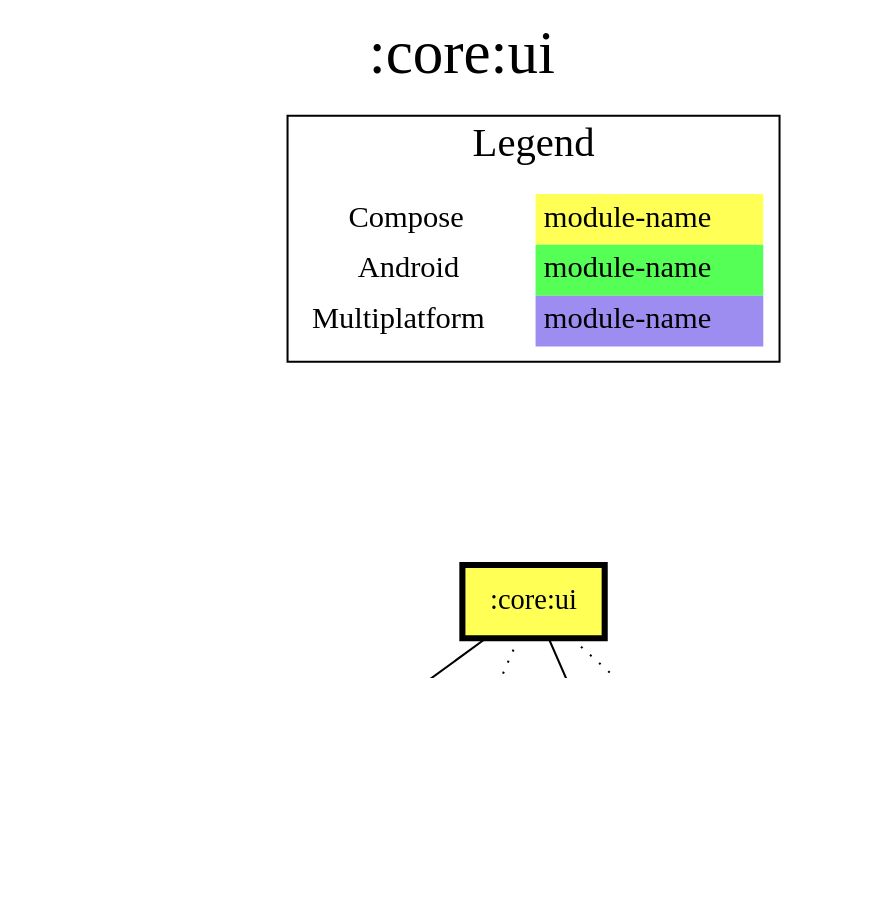
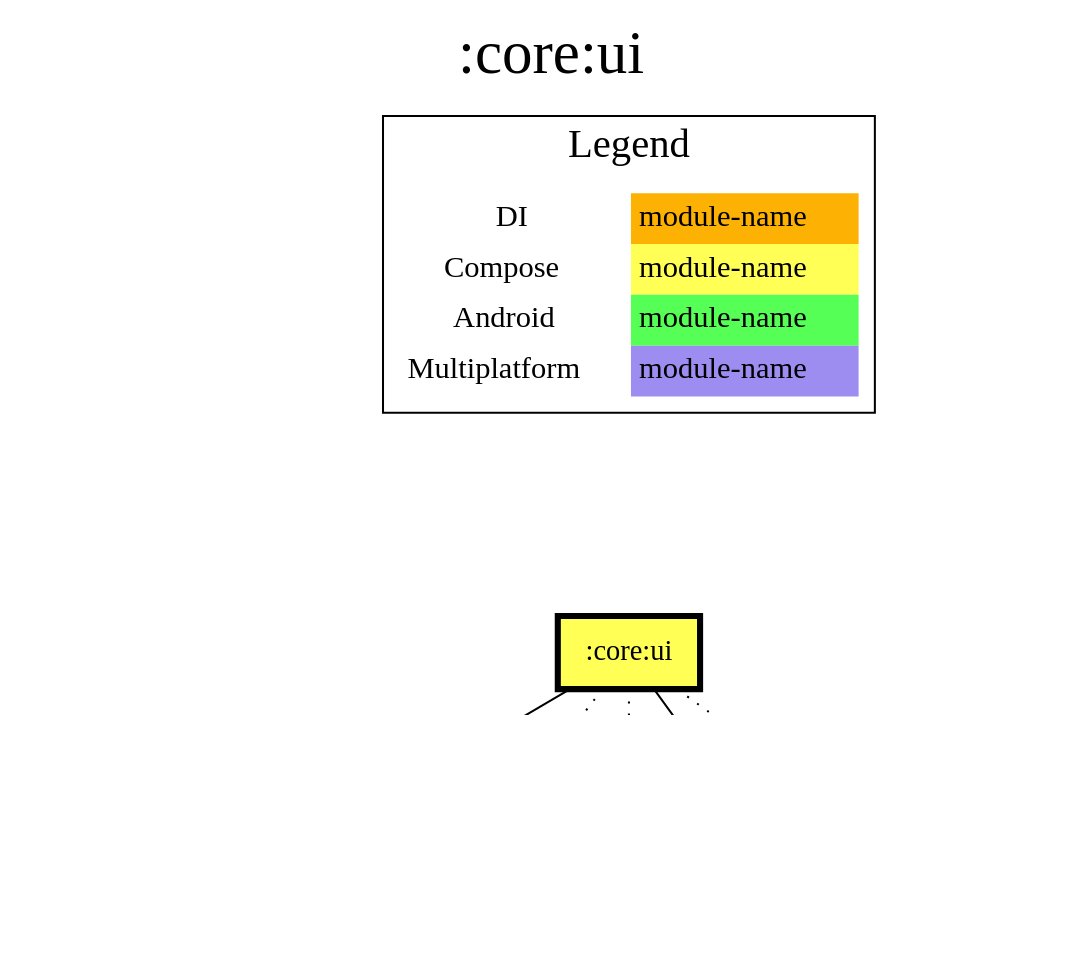
Before and after one commit to jonapoul/aktual: the diagram in modules/core/ui/modules.dot, drawn with Graphviz. The commit also changed 217 other files, not shown here.

```diff
--- a/modules/core/ui/modules.dot
+++ b/modules/core/ui/modules.dot
@@ -1,30 +1,33 @@
 digraph {
 edge ["dir"="forward"]
 graph ["dpi"="100","label"=":core:ui","labelloc"="t","fontsize"="30","ranksep"="1.5","rankdir"="TB"]
 node ["style"="filled"]
 ":budget:model" ["fillcolor"="#9D8DF1","shape"="none"]
 ":core:android" ["fillcolor"="#55FF55","shape"="none"]
+":core:di" ["fillcolor"="#FCB103","shape"="none"]
 ":core:model" ["fillcolor"="#9D8DF1","shape"="none"]
 ":core:ui" ["fillcolor"="#FFFF55","color"="black","penwidth"="3","shape"="box"]
 ":l10n" ["fillcolor"="#9D8DF1","shape"="none"]
 {
 edge ["dir"="none"]
 graph ["rank"="same"]
 ":core:ui"
 }
 ":core:ui" -> ":budget:model"
 ":core:ui" -> ":core:android" ["style"="dotted"]
+":core:ui" -> ":core:di" ["style"="dotted"]
 ":core:ui" -> ":core:model"
 ":core:ui" -> ":l10n" ["style"="dotted"]
 subgraph "cluster_legend" {
 edge ["dir"="none"]
 graph ["label"="Legend","fontsize"="20"]
 "Legend" ["style"="filled","fillcolor"="#FFFFFF","shape"="none","margin"="0","fontsize"="15","label"=<
 <TABLE BORDER="0" CELLBORDER="0" CELLSPACING="0" CELLPADDING="4">
+<TR><TD>DI</TD><TD BGCOLOR="#FCB103">module-name</TD></TR>
 <TR><TD>Compose</TD><TD BGCOLOR="#FFFF55">module-name</TD></TR>
 <TR><TD>Android</TD><TD BGCOLOR="#55FF55">module-name</TD></TR>
 <TR><TD>Multiplatform</TD><TD BGCOLOR="#9D8DF1">module-name</TD></TR>
 </TABLE>
 >]
 } -> ":core:ui" ["style"="invis"]
 }
```
